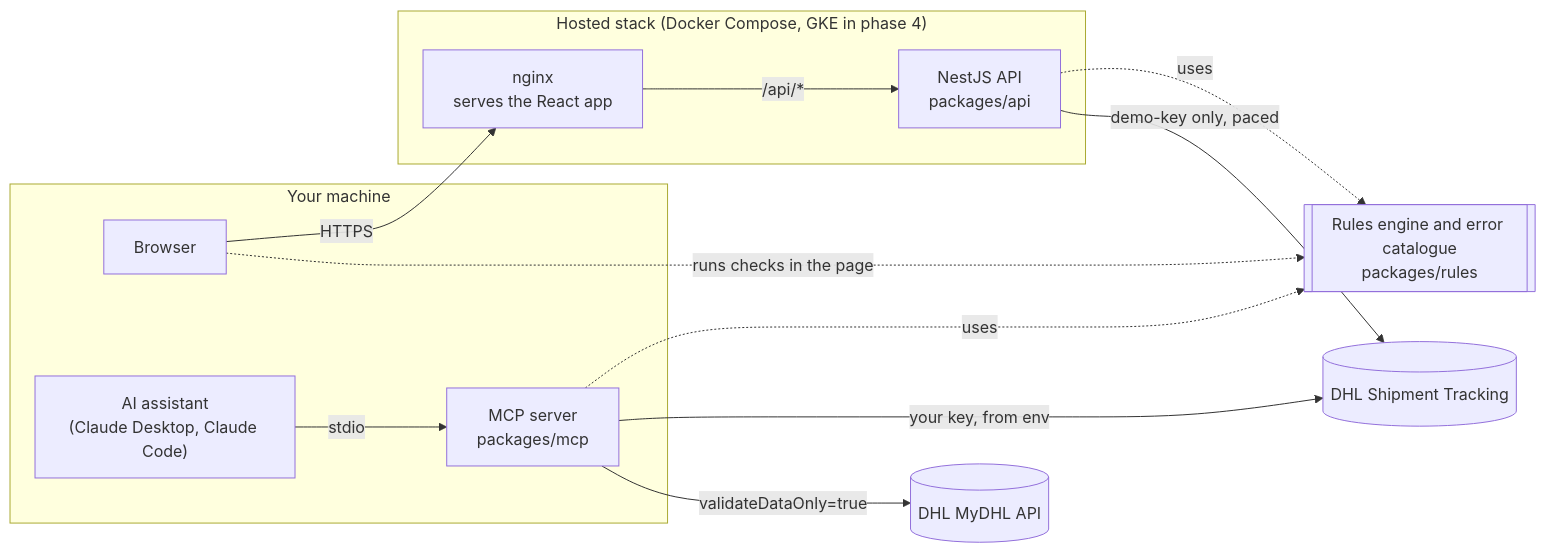
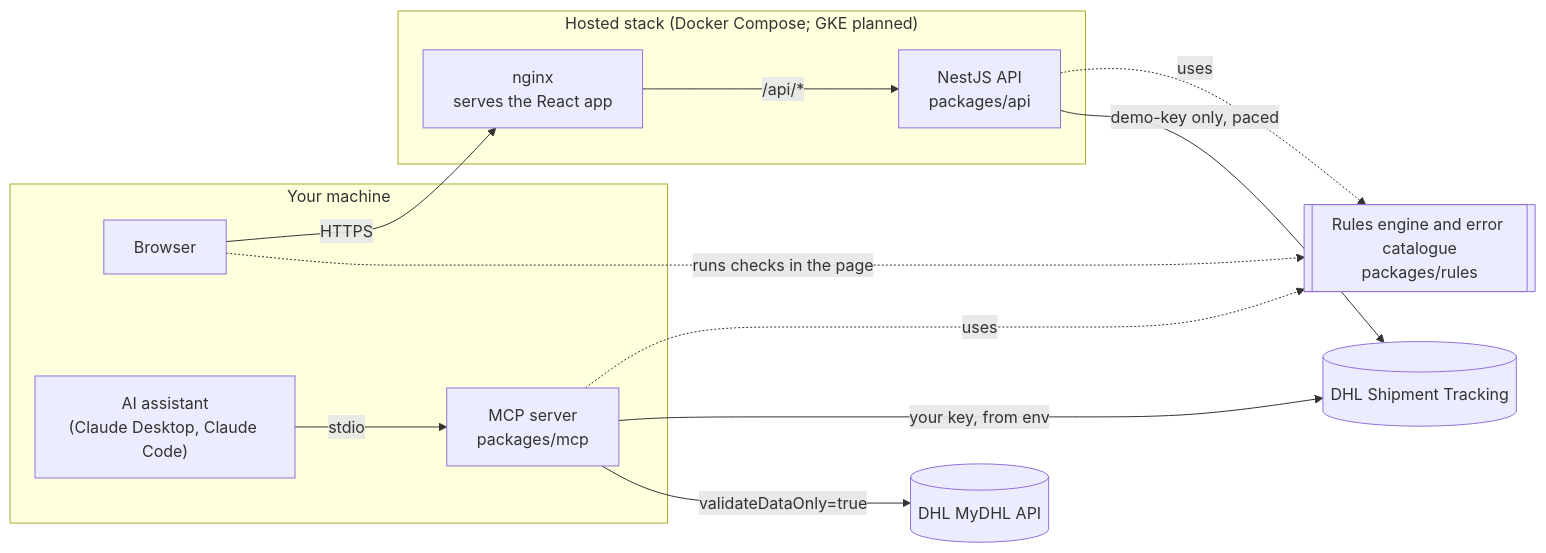
The diagram in README.md (fahmi-dzulqarnain/integration-doctor), drawn with Mermaid before and after one commit. The commit also changed other lines of this file, not shown here.

Commit message:
docs: drop phase numbers from the README

````diff
--- a/README.md
+++ b/README.md
@@ -26,25 +26,25 @@
 ```mermaid
 flowchart LR
   subgraph you["Your machine"]
     browser["Browser"]
     assistant["AI assistant<br/>(Claude Desktop, Claude Code)"]
     mcp["MCP server<br/>packages/mcp"]
   end
-  subgraph stack["Hosted stack (Docker Compose, GKE in phase 4)"]
+  subgraph stack["Hosted stack (Docker Compose; GKE planned)"]
     nginx["nginx<br/>serves the React app"]
     api["NestJS API<br/>packages/api"]
   end
   rules[["Rules engine and error catalogue<br/>packages/rules"]]
   tracking[("DHL Shipment Tracking")]
   mydhl[("DHL MyDHL API")]
 
   browser -- "HTTPS" --> nginx
   nginx -- "/api/*" --> api
   assistant -- "stdio" --> mcp
   browser -. "runs checks in the page" .-> rules
   api -. uses .-> rules
   mcp -. uses .-> rules
   api -- "demo-key only, paced" --> tracking
   mcp -- "your key, from env" --> tracking
   mcp -- "validateDataOnly=true" --> mydhl
 ```
````
